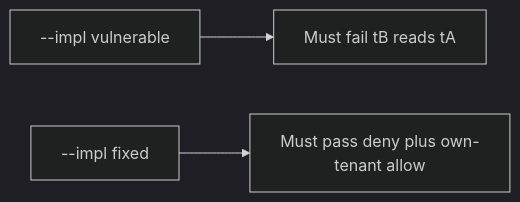
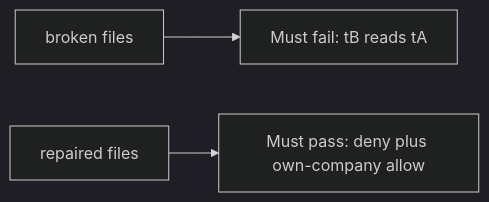
One commit to ishitvagoel/LearnSecurity changed the diagram in content/modules/3/3.3/lessons/05-verify.md. Above: the diagram before and after it, drawn with Mermaid (dark theme). The commit also changed other lines of this file and 31 other files, not shown here.

````diff
--- a/content/modules/3/3.3/lessons/05-verify.md
+++ b/content/modules/3/3.3/lessons/05-verify.md
@@ -15,5 +14,5 @@
 ```mermaid
 flowchart LR
-  V["--impl vulnerable"] --> F["Must fail tB reads tA"]
-  X["--impl fixed"] --> P["Must pass deny plus own-tenant allow"]
+  V["broken files"] --> F["Must fail: tB reads tA"]
+  X["repaired files"] --> P["Must pass: deny plus own-company allow"]
 ```
````
